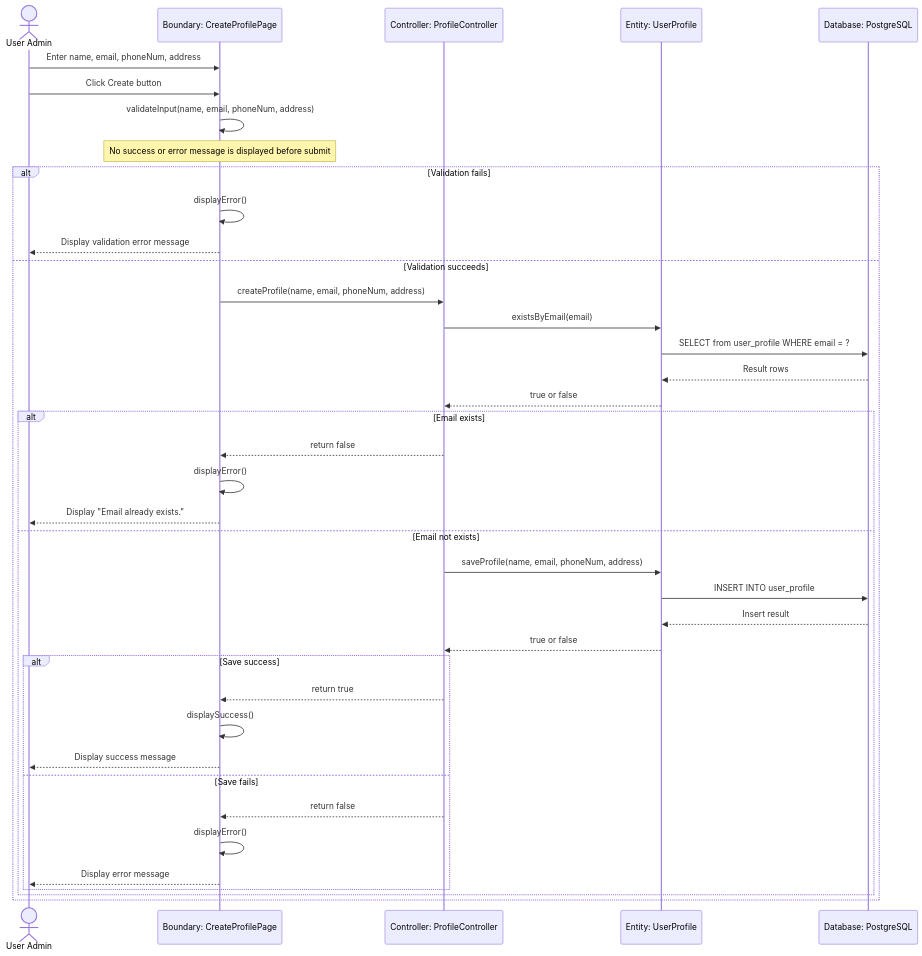
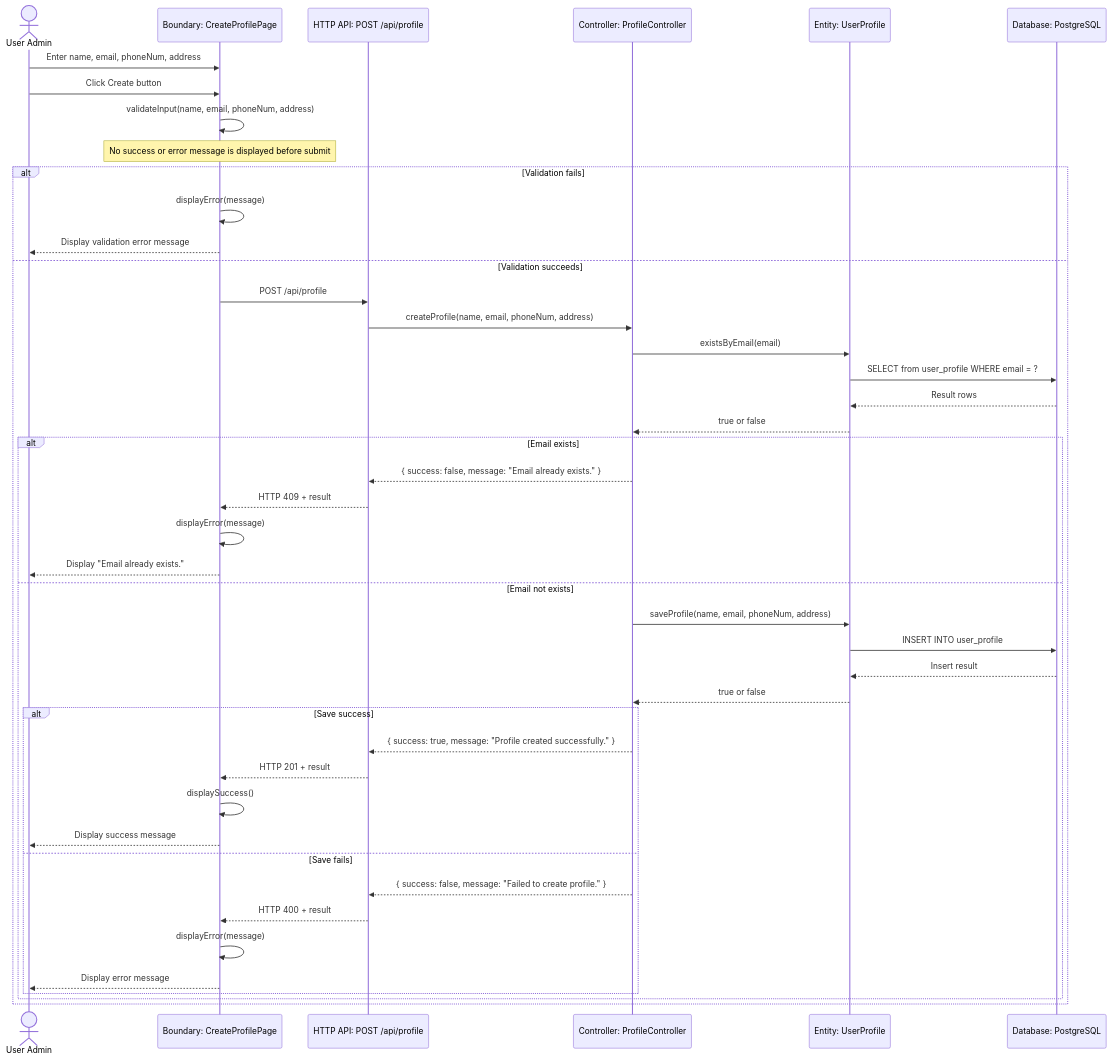
One commit to JSL124/SDM-project changed the diagram in docs/profile/sequence-diagram.md. Above: the diagram before and after it, drawn with Mermaid. The commit also changed 14 other files, not shown here.

````diff
--- a/docs/profile/sequence-diagram.md
+++ b/docs/profile/sequence-diagram.md
@@ -3,45 +3,50 @@
 ```mermaid
 sequenceDiagram
     actor UserAdmin as User Admin
     participant CreateProfilePage as Boundary: CreateProfilePage
+    participant ProfileRoute as HTTP API: POST /api/profile
     participant ProfileController as Controller: ProfileController
     participant UserProfile as Entity: UserProfile
     participant PostgreSQL as Database: PostgreSQL
 
     UserAdmin->>CreateProfilePage: Enter name, email, phoneNum, address
     UserAdmin->>CreateProfilePage: Click Create button
     CreateProfilePage->>CreateProfilePage: validateInput(name, email, phoneNum, address)
     Note over CreateProfilePage: No success or error message is displayed before submit
 
     alt Validation fails
-        CreateProfilePage->>CreateProfilePage: displayError()
+        CreateProfilePage->>CreateProfilePage: displayError(message)
         CreateProfilePage-->>UserAdmin: Display validation error message
     else Validation succeeds
-        CreateProfilePage->>ProfileController: createProfile(name, email, phoneNum, address)
+        CreateProfilePage->>ProfileRoute: POST /api/profile
+        ProfileRoute->>ProfileController: createProfile(name, email, phoneNum, address)
         ProfileController->>UserProfile: existsByEmail(email)
         UserProfile->>PostgreSQL: SELECT from user_profile WHERE email = ?
         PostgreSQL-->>UserProfile: Result rows
         UserProfile-->>ProfileController: true or false
 
         alt Email exists
-            ProfileController-->>CreateProfilePage: return false
-            CreateProfilePage->>CreateProfilePage: displayError()
+            ProfileController-->>ProfileRoute: { success: false, message: "Email already exists." }
+            ProfileRoute-->>CreateProfilePage: HTTP 409 + result
+            CreateProfilePage->>CreateProfilePage: displayError(message)
             CreateProfilePage-->>UserAdmin: Display "Email already exists."
         else Email not exists
             ProfileController->>UserProfile: saveProfile(name, email, phoneNum, address)
             UserProfile->>PostgreSQL: INSERT INTO user_profile
             PostgreSQL-->>UserProfile: Insert result
             UserProfile-->>ProfileController: true or false
 
             alt Save success
-                ProfileController-->>CreateProfilePage: return true
+                ProfileController-->>ProfileRoute: { success: true, message: "Profile created successfully." }
+                ProfileRoute-->>CreateProfilePage: HTTP 201 + result
                 CreateProfilePage->>CreateProfilePage: displaySuccess()
                 CreateProfilePage-->>UserAdmin: Display success message
             else Save fails
-                ProfileController-->>CreateProfilePage: return false
-                CreateProfilePage->>CreateProfilePage: displayError()
+                ProfileController-->>ProfileRoute: { success: false, message: "Failed to create profile." }
+                ProfileRoute-->>CreateProfilePage: HTTP 400 + result
+                CreateProfilePage->>CreateProfilePage: displayError(message)
                 CreateProfilePage-->>UserAdmin: Display error message
             end
         end
     end
 ```
````
